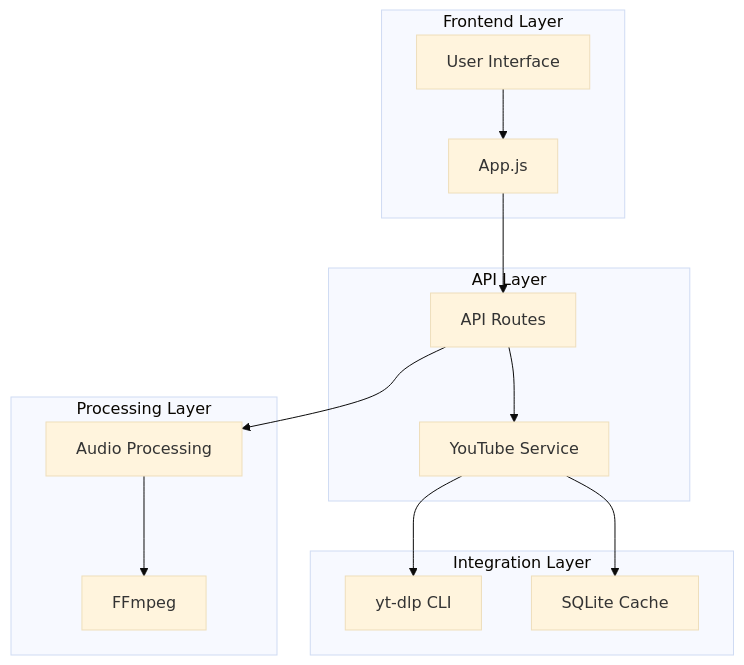
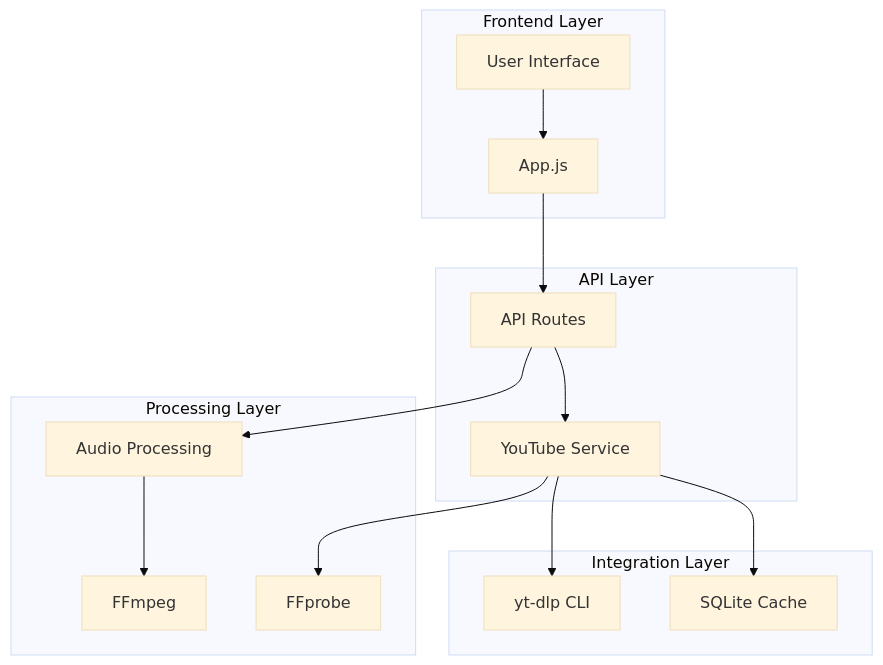
The first of 8 diagrams in .qoder/repowiki/en/content/Core Services Architecture/YouTube Integration Service.md (dkoukoul/kpop-random-dance-generator), drawn with Mermaid (base theme) before and after one commit. The commit also changed other lines of this file and 6 other files, not shown here.

````diff
--- a/.qoder/repowiki/en/content/Core Services Architecture/YouTube Integration Service.md
+++ b/.qoder/repowiki/en/content/Core Services Architecture/YouTube Integration Service.md
@@ -33,26 +45,28 @@
 ```mermaid
 graph TB
 subgraph "Frontend Layer"
 UI[User Interface]
 AppJS[App.js]
 end
 subgraph "API Layer"
 API[API Routes]
 YTService[YouTube Service]
 end
 subgraph "Integration Layer"
 YTDLP[yt-dlp CLI]
 Cache[SQLite Cache]
 end
 subgraph "Processing Layer"
 Audio[Audio Processing]
 FFmpeg[FFmpeg]
+FFprobe[FFprobe]
 end
 UI --> AppJS
 AppJS --> API
 API --> YTService
 YTService --> YTDLP
 YTService --> Cache
+YTService --> FFprobe
 API --> Audio
 Audio --> FFmpeg
 ```
````
